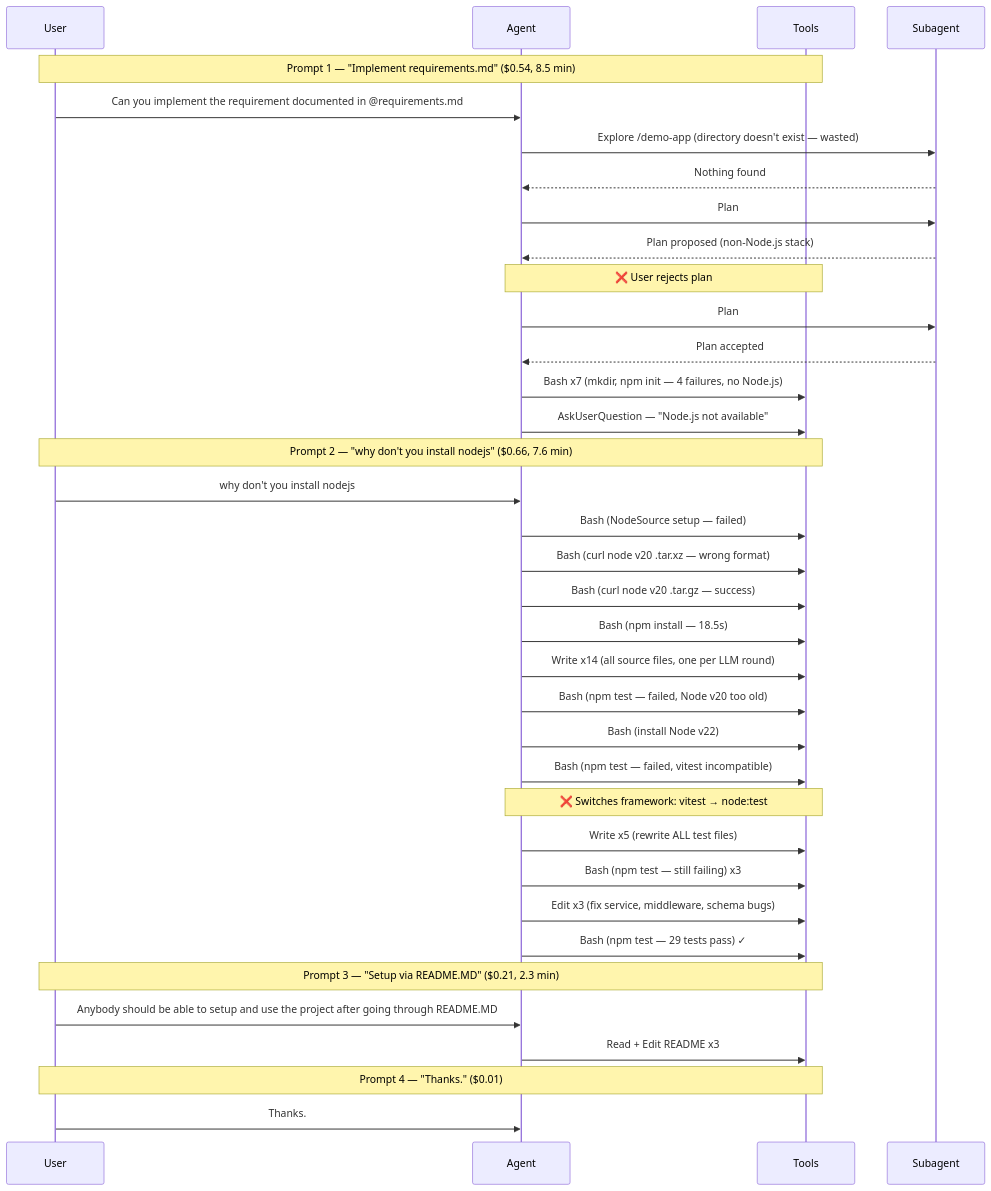
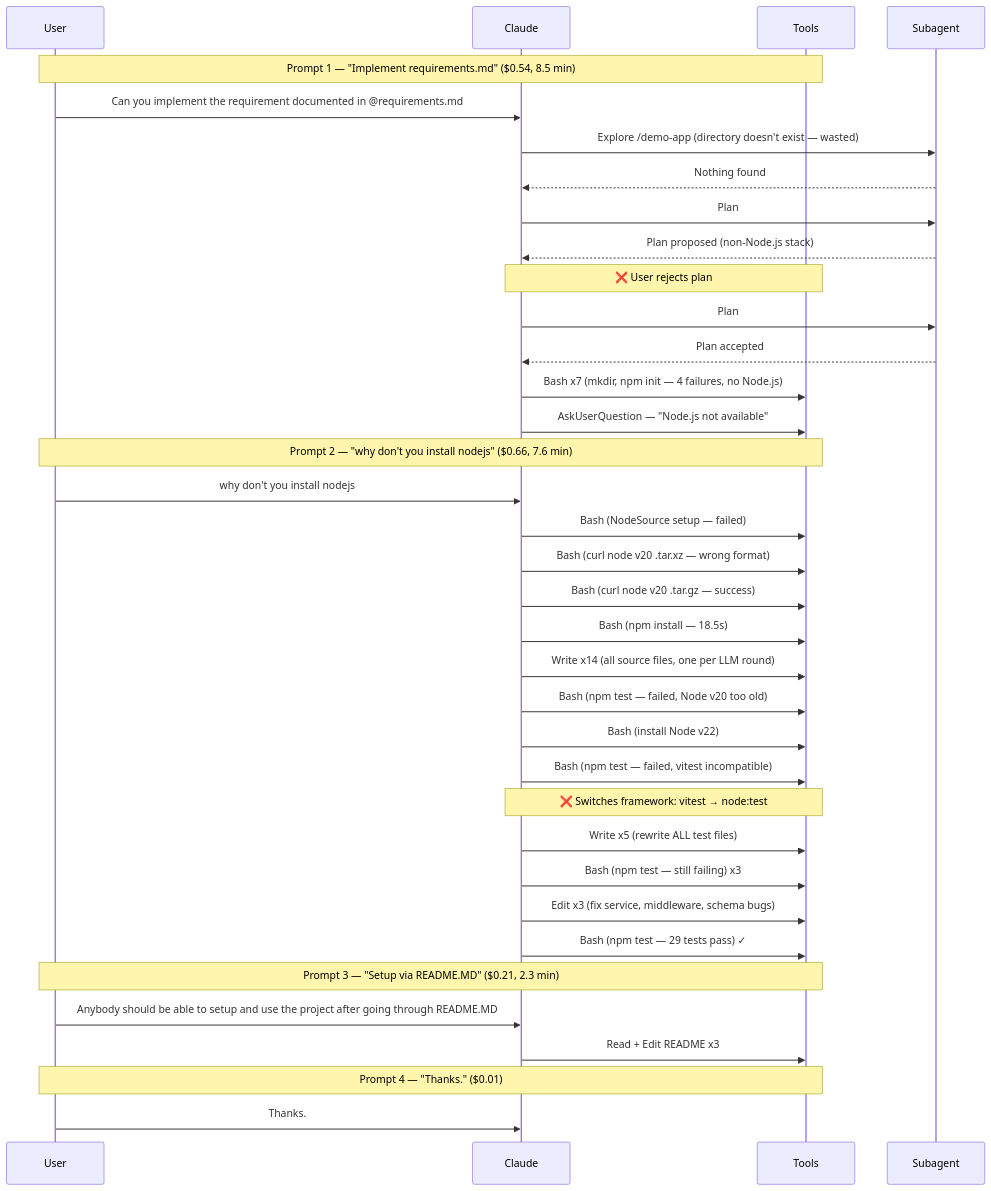
Before and after one commit to vikrantjain/claude-session-profiler: the diagram in README.md, drawn with Mermaid. The commit also changed 2 other files, not shown here.

Commit message:
improved skill

````diff
--- a/README.md
+++ b/README.md
@@ -113,42 +113,42 @@
 ```mermaid
 sequenceDiagram
     participant User
-    participant Agent
+    participant Claude
     participant Tools
     participant Subagent
 
     Note over User,Tools: Prompt 1 — "Implement requirements.md" ($0.54, 8.5 min)
-    User ->> Agent: Can you implement the requirement documented in @requirements.md
-    Agent ->> Subagent: Explore /demo-app (directory doesn't exist — wasted)
-    Subagent -->> Agent: Nothing found
-    Agent ->> Subagent: Plan #1 — design REST API
-    Subagent -->> Agent: Plan proposed (non-Node.js stack)
-    Note over Agent,Tools: ❌ User rejects plan
-    Agent ->> Subagent: Plan #2 — design Node.js REST API
-    Subagent -->> Agent: Plan accepted
-    Agent ->> Tools: Bash x7 (mkdir, npm init — 4 failures, no Node.js)
-    Agent ->> Tools: AskUserQuestion — "Node.js not available"
+    User ->> Claude: Can you implement the requirement documented in @requirements.md
+    Claude ->> Subagent: Explore /demo-app (directory doesn't exist — wasted)
+    Subagent -->> Claude: Nothing found
+    Claude ->> Subagent: Plan #1 — design REST API
+    Subagent -->> Claude: Plan proposed (non-Node.js stack)
+    Note over Claude,Tools: ❌ User rejects plan
+    Claude ->> Subagent: Plan #2 — design Node.js REST API
+    Subagent -->> Claude: Plan accepted
+    Claude ->> Tools: Bash x7 (mkdir, npm init — 4 failures, no Node.js)
+    Claude ->> Tools: AskUserQuestion — "Node.js not available"
 
     Note over User,Tools: Prompt 2 — "why don't you install nodejs" ($0.66, 7.6 min)
-    User ->> Agent: why don't you install nodejs
-    Agent ->> Tools: Bash (NodeSource setup — failed)
-    Agent ->> Tools: Bash (curl node v20 .tar.xz — wrong format)
-    Agent ->> Tools: Bash (curl node v20 .tar.gz — success)
-    Agent ->> Tools: Bash (npm install — 18.5s)
-    Agent ->> Tools: Write x14 (all source files, one per LLM round)
-    Agent ->> Tools: Bash (npm test — failed, Node v20 too old)
-    Agent ->> Tools: Bash (install Node v22)
-    Agent ->> Tools: Bash (npm test — failed, vitest incompatible)
-    Note over Agent,Tools: ❌ Switches framework: vitest → node:test
-    Agent ->> Tools: Write x5 (rewrite ALL test files)
-    Agent ->> Tools: Bash (npm test — still failing) x3
-    Agent ->> Tools: Edit x3 (fix service, middleware, schema bugs)
-    Agent ->> Tools: Bash (npm test — 29 tests pass) ✓
+    User ->> Claude: why don't you install nodejs
+    Claude ->> Tools: Bash (NodeSource setup — failed)
+    Claude ->> Tools: Bash (curl node v20 .tar.xz — wrong format)
+    Claude ->> Tools: Bash (curl node v20 .tar.gz — success)
+    Claude ->> Tools: Bash (npm install — 18.5s)
+    Claude ->> Tools: Write x14 (all source files, one per LLM round)
+    Claude ->> Tools: Bash (npm test — failed, Node v20 too old)
+    Claude ->> Tools: Bash (install Node v22)
+    Claude ->> Tools: Bash (npm test — failed, vitest incompatible)
+    Note over Claude,Tools: ❌ Switches framework: vitest → node:test
+    Claude ->> Tools: Write x5 (rewrite ALL test files)
+    Claude ->> Tools: Bash (npm test — still failing) x3
+    Claude ->> Tools: Edit x3 (fix service, middleware, schema bugs)
+    Claude ->> Tools: Bash (npm test — 29 tests pass) ✓
 
     Note over User,Tools: Prompt 3 — "Setup via README.MD" ($0.21, 2.3 min)
-    User ->> Agent: Anybody should be able to setup and use the project after going through README.MD
-    Agent ->> Tools: Read + Edit README x3
+    User ->> Claude: Anybody should be able to setup and use the project after going through README.MD
+    Claude ->> Tools: Read + Edit README x3
 
     Note over User,Tools: Prompt 4 — "Thanks." ($0.01)
-    User ->> Agent: Thanks.
+    User ->> Claude: Thanks.
 ```
````
